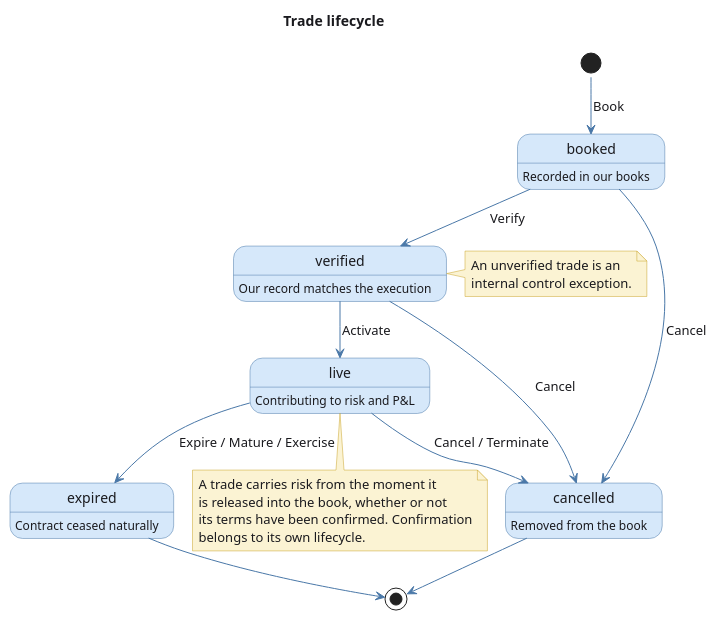
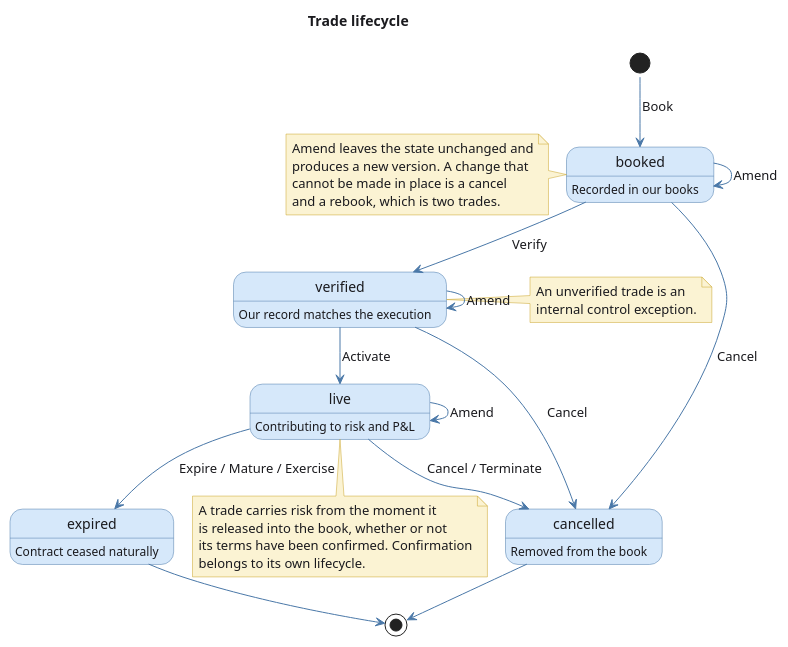
One commit to OreStudio/OreStudio changed the diagram in doc/knowledge/domain/trade_status_lifecycle.puml. Above: the diagram before and after it, drawn with PlantUML. The commit also changed 10 other files, not shown here.

```diff
--- a/doc/knowledge/domain/trade_status_lifecycle.puml
+++ b/doc/knowledge/domain/trade_status_lifecycle.puml
@@ -18,58 +18,69 @@
 @startuml
 !pragma layout smetana
 
 title Trade lifecycle
 
 skinparam state {
     BackgroundColor #D6E8FA
     BorderColor #4A78A8
     FontColor #1A1A1E
     AttributeFontColor #3A3A3E
     ArrowColor #4A78A8
     ArrowFontColor #1A1A1E
     StartColor #4A78A8
     EndColor #4A78A8
 }
 skinparam note {
     BackgroundColor #FBF3D3
     BorderColor #C9A227
     FontColor #1A1A1E
 }
 skinparam BackgroundColor white
 skinparam DefaultFontColor #1A1A1E
 
 state "booked" as Booked
 state "verified" as Verified
 state "live" as Live
 state "expired" as Expired
 state "cancelled" as Cancelled
 
 Booked : Recorded in our books
 Verified : Our record matches the execution
 Live : Contributing to risk and P&L
 Expired : Contract ceased naturally
 Cancelled : Removed from the book
 
 [*] --> Booked : Book
 Booked --> Verified : Verify
 Verified --> Live : Activate
 Live --> Expired : Expire / Mature / Exercise
+
+Booked --> Booked : Amend
+Verified --> Verified : Amend
+Live --> Live : Amend
 Booked --> Cancelled : Cancel
 Verified --> Cancelled : Cancel
 Live --> Cancelled : Cancel / Terminate
 Expired --> [*]
 Cancelled --> [*]
 
 note right of Verified
   An unverified trade is an
   internal control exception.
 end note
 
 note bottom of Live
   A trade carries risk from the moment it
   is released into the book, whether or not
   its terms have been confirmed. Confirmation
   belongs to its own lifecycle.
 end note
 
+note left of Booked
+  Amend leaves the state unchanged and
+  produces a new version. A change that
+  cannot be made in place is a cancel
+  and a rebook, which is two trades.
+end note
+
 @enduml
```
